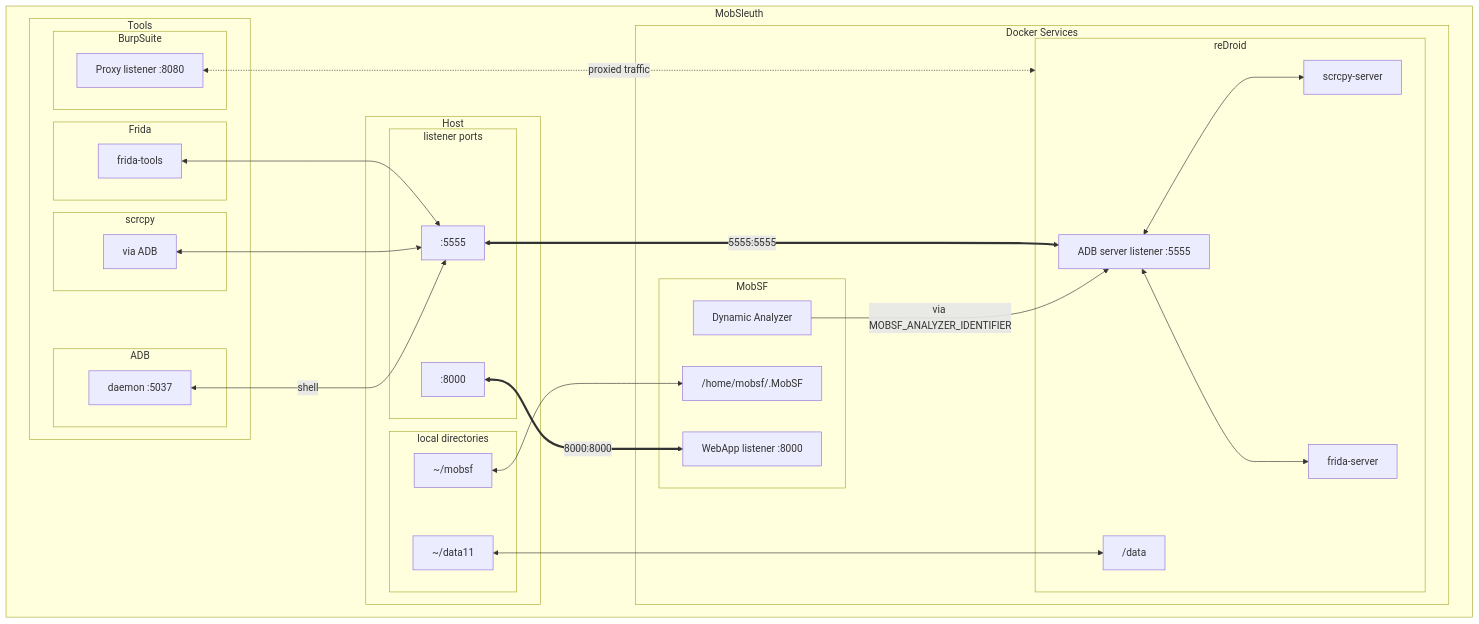
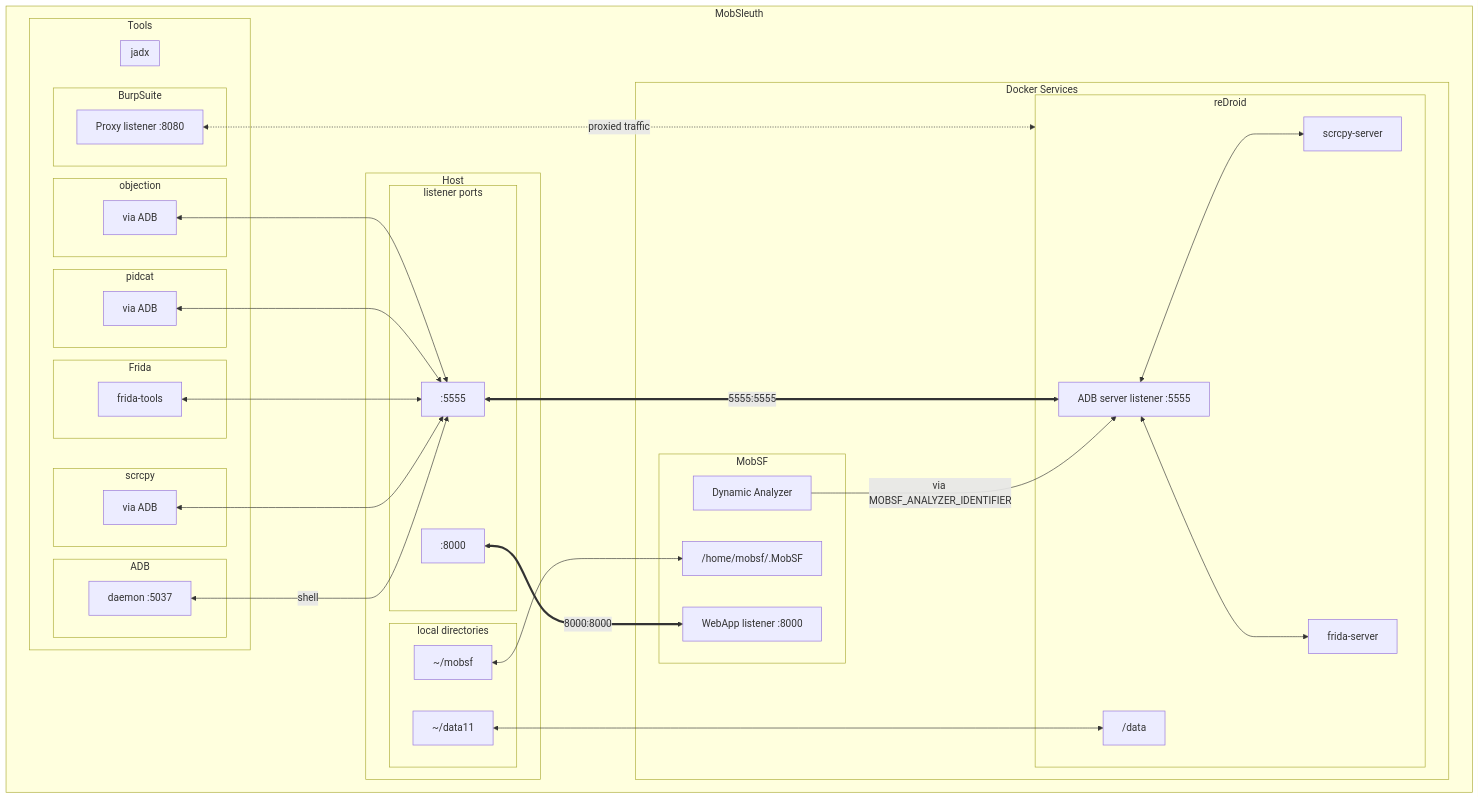
Before and after one commit to adityatelange/MobSleuth: the diagram in README.md, drawn with Mermaid.

Commit message:
Update mermaid diagram in README

````diff
--- a/README.md
+++ b/README.md
@@ -64,51 +64,62 @@
 ```mermaid
 flowchart
     subgraph MobSleuth
         subgraph Docker Services
             subgraph reDroid
                 redroid5555["ADB server listener :5555"]
                 redroid27042["frida-server"]
                 redroidvol["/data"]
                 redroidsserv["scrcpy-server"]
                 redroid5555 <---> redroidsserv
                 redroid5555 <---> redroid27042
             end
 
             subgraph MobSF
                 mobsf8000["WebApp listener :8000"]
                 mobsfvol["/home/mobsf/.MobSF"]
                 DA["Dynamic Analyzer"] --> |"via MOBSF_ANALYZER_IDENTIFIER"| redroid5555
             end
         end
 
         subgraph "Host"
             subgraph "local directories"
                 mobsfdir["~/mobsf"] <--> mobsfvol
                 redroiddir["~/data11"] <--> redroidvol
             end
 
             subgraph listener ports
                 lp5555[":5555"] <==> |"5555:5555"| redroid5555
                 lp8000[":8000"] <==> |"8000:8000"| mobsf8000
             end
         end
 
         subgraph Tools
             subgraph ADB
                 adbd["daemon :5037"] <---> |"shell"| lp5555
             end
 
             subgraph scrcpy
                 scr["via ADB"] <---> lp5555
             end
 
             subgraph BurpSuite
                 burp["Proxy listener :8080"] <-.-> |"proxied traffic"| reDroid
             end
 
             subgraph Frida
                 frida["frida-tools"] <---> lp5555
             end
+
+            subgraph pidcat
+                pid["via ADB"] <---> lp5555
+            end
+
+            subgraph objection
+                obj["via ADB"] <---> lp5555
+            end
+
+            subgraph jadx
+            end
         end
     end
 ```
````
